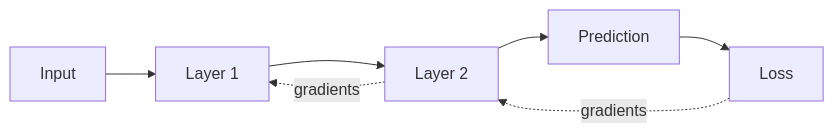
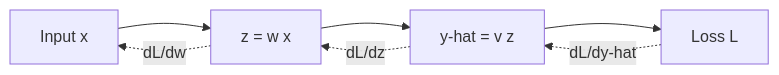
The diagram in Lecture 27 - Backpropagation: Sending the Error Backward/blog.md (manish7725/deeplearning), drawn with Mermaid before and after one commit. The commit also changed other lines of this file, not shown here.

````diff
--- a/Lecture 27 - Backpropagation: Sending the Error Backward/blog.md
+++ b/Lecture 27 - Backpropagation: Sending the Error Backward/blog.md
@@ -179,9 +266,9 @@
 ```mermaid
 flowchart LR
-    X[Input] --> Z1[Layer 1]
-    Z1 --> Z2[Layer 2]
-    Z2 --> Y[Prediction]
-    Y --> L[Loss]
-    L -. gradients .-> Z2
-    Z2 -. gradients .-> Z1
+    X[Input x] --> Z[ z = w x ]
+    Z --> Y[ y-hat = v z ]
+    Y --> L[ Loss L ]
+    L -. dL/dy-hat .-> Y
+    Y -. dL/dz .-> Z
+    Z -. dL/dw .-> X
 ```
````
